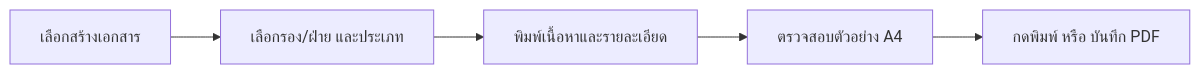
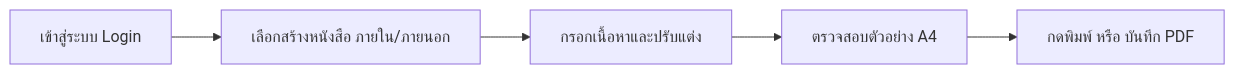
Before and after one commit to thribbles/sarabun: the diagram in README.md, drawn with Mermaid. The commit also changed other lines of this file and 2 other files, not shown here.

Commit message:
feat(auth): require strict credentials login instead of profile switcher, and update README

````diff
--- a/README.md
+++ b/README.md
@@ -82,7 +82,7 @@
 ```mermaid
 flowchart LR
-    A[เลือกสร้างเอกสาร] --> B[เลือกรอง/ฝ่าย และประเภท]
-    B --> C[พิมพ์เนื้อหาและรายละเอียด]
+    A[เข้าสู่ระบบ Login] --> B[เลือกสร้างหนังสือ ภายใน/ภายนอก]
+    B --> C[กรอกเนื้อหาและปรับแต่ง]
     C --> D[ตรวจสอบตัวอย่าง A4]
     D --> E[กดพิมพ์ หรือ บันทึก PDF]
 ```
````
